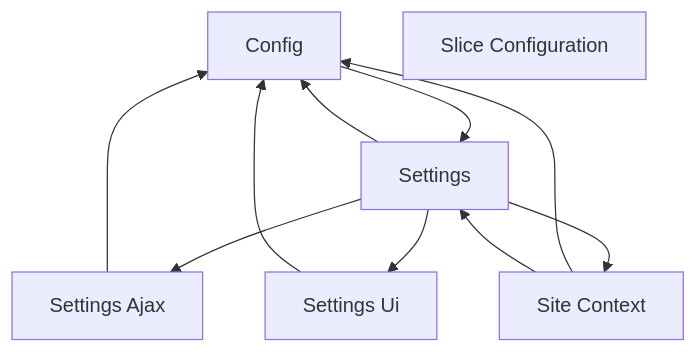
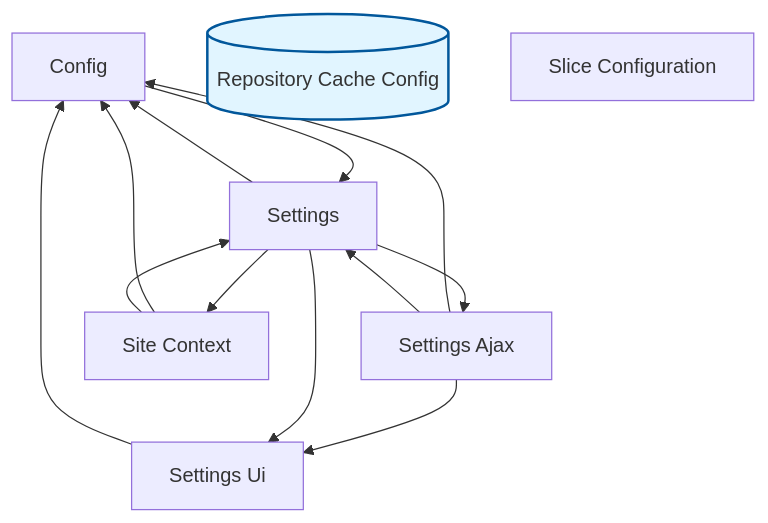
Before and after one commit to rpnunez/wp-ai-scheduler: diagram 17 of 19 in docs/feature-report.md, drawn with Mermaid. The commit also changed other lines of this file and 1 other file, not shown here.

````diff
--- a/docs/feature-report.md
+++ b/docs/feature-report.md
@@ -879,25 +901,29 @@
 ```mermaid
 flowchart TD
     %% Configuration & Settings Architecture
 
     Config["Config"]
+    Repository_Cache_Config[("Repository Cache Config")]
     Settings_AJAX["Settings Ajax"]
     Settings_UI["Settings Ui"]
     Settings["Settings"]
     Site_Context["Site Context"]
     Slice_Configuration["Slice Configuration"]
 
     Config --> Settings
     Settings_AJAX --> Config
+    Settings_AJAX --> Settings
+    Settings_AJAX --> Settings_UI
     Settings_UI --> Config
     Settings --> Config
     Settings --> Settings_AJAX
     Settings --> Settings_UI
     Settings --> Site_Context
     Site_Context --> Config
     Site_Context --> Settings
 
     classDef repository fill:#e1f5ff,stroke:#01579b,stroke-width:2px
     classDef service fill:#fff3e0,stroke:#e65100,stroke-width:2px
     classDef controller fill:#f3e5f5,stroke:#4a148c,stroke-width:2px
+    class Repository_Cache_Config repository
 ```
````
